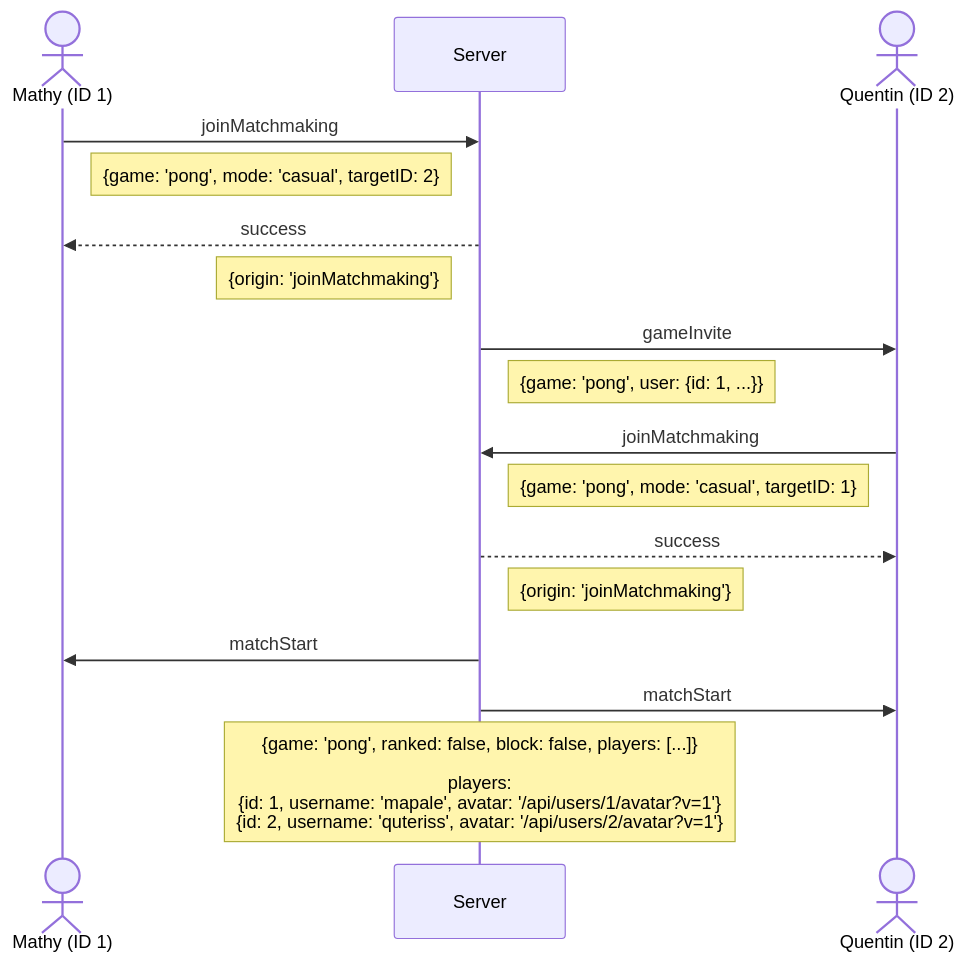
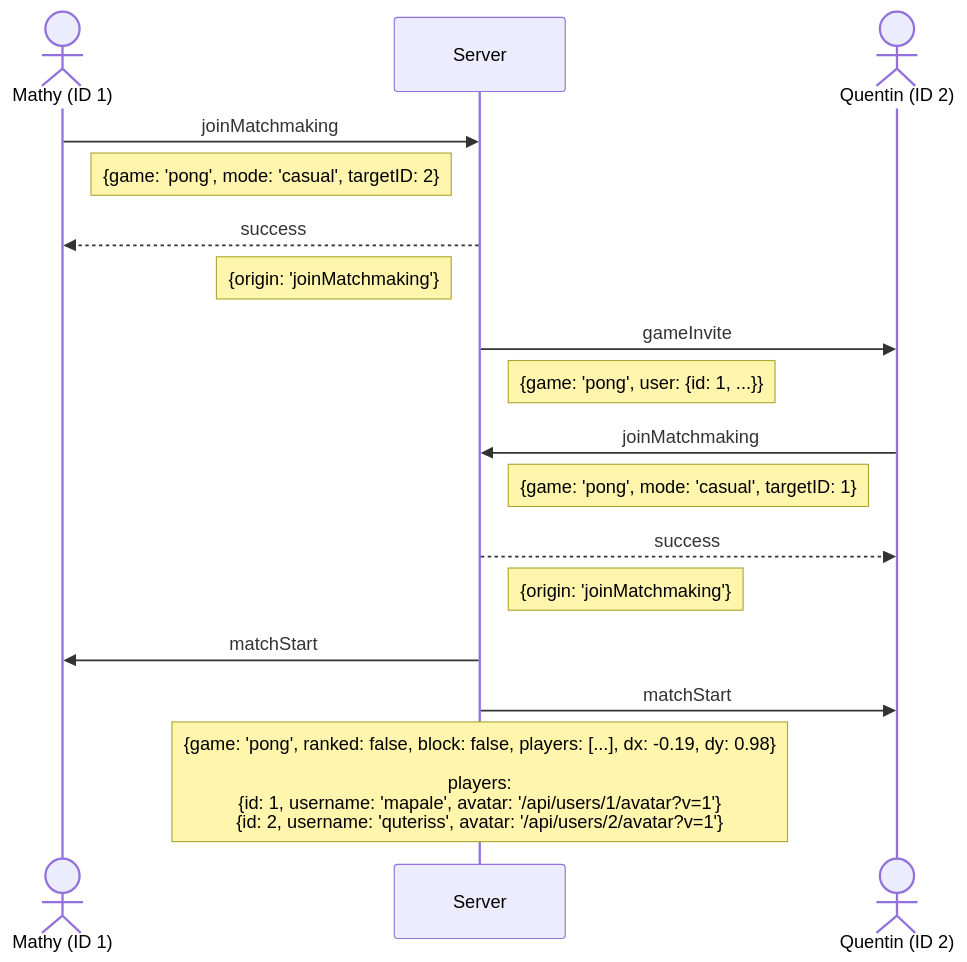
The diagram in docs/WebSocket/gameInvite.md (deydoux/42cursus-ft_transcendence), drawn with Mermaid before and after one commit. The commit also changed 1 other file, not shown here.

Commit message:
Update match and game invite diagrams to include directional vectors

````diff
--- a/docs/WebSocket/gameInvite.md
+++ b/docs/WebSocket/gameInvite.md
@@ -3,22 +3,22 @@
 ```mermaid
 sequenceDiagram
   actor m as Mathy (ID 1)
   participant s as Server
   actor q as Quentin (ID 2)
 
   m ->> s: joinMatchmaking
   Note right of m: {game: 'pong', mode: 'casual', targetID: 2}
   s -->> m: success
   Note left of s: {origin: 'joinMatchmaking'}
   s ->> q: gameInvite
   Note right of s: {game: 'pong', user: {id: 1, ...}}
 
   q ->> s: joinMatchmaking
   Note left of q: {game: 'pong', mode: 'casual', targetID: 1}
   s -->> q: success
   Note right of s: {origin: 'joinMatchmaking'}
 
   s ->> m: matchStart
   s ->> q: matchStart
-  Note over s: {game: 'pong', ranked: false, block: false, players: [...]}<br><br> players:<br>{id: 1, username: 'mapale', avatar: '/api/users/1/avatar?v=1'}<br>{id: 2, username: 'quteriss', avatar: '/api/users/2/avatar?v=1'}
+  Note over s: {game: 'pong', ranked: false, block: false, players: [...], dx: -0.19, dy: 0.98}<br><br> players:<br>{id: 1, username: 'mapale', avatar: '/api/users/1/avatar?v=1'}<br>{id: 2, username: 'quteriss', avatar: '/api/users/2/avatar?v=1'}
 ```
````
